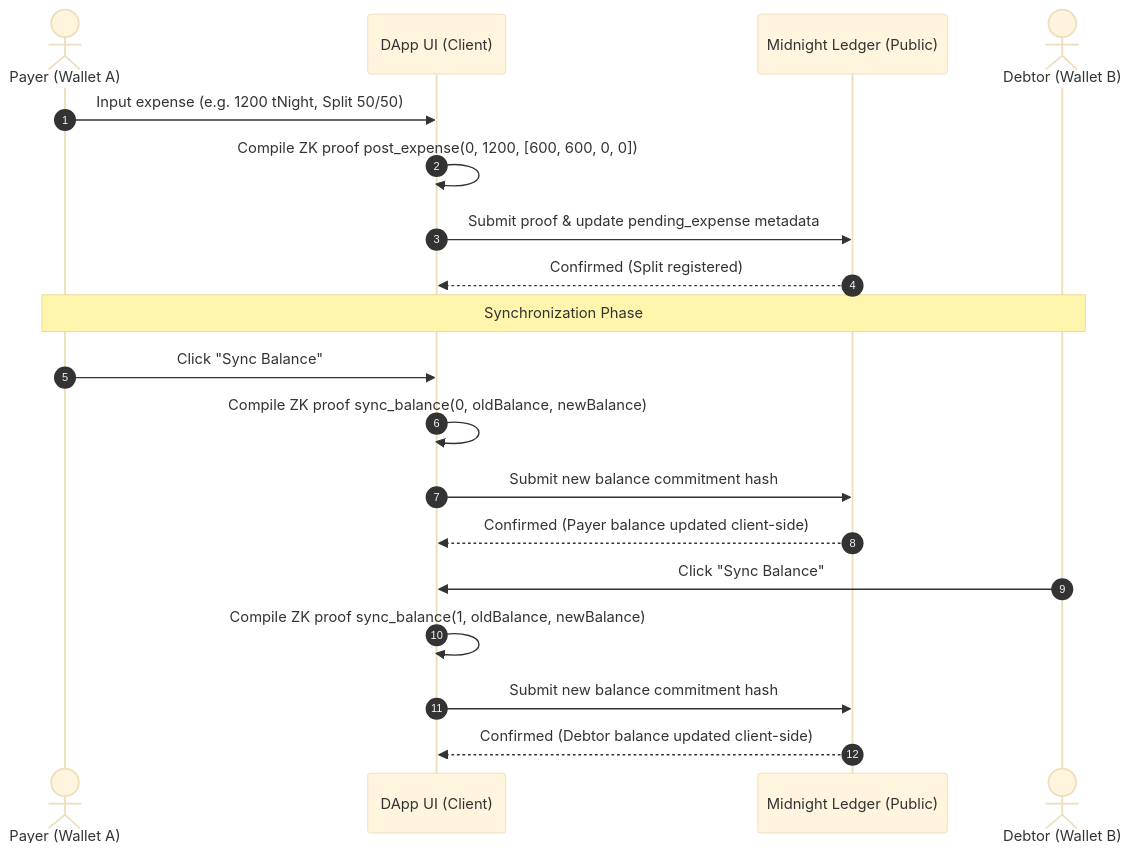
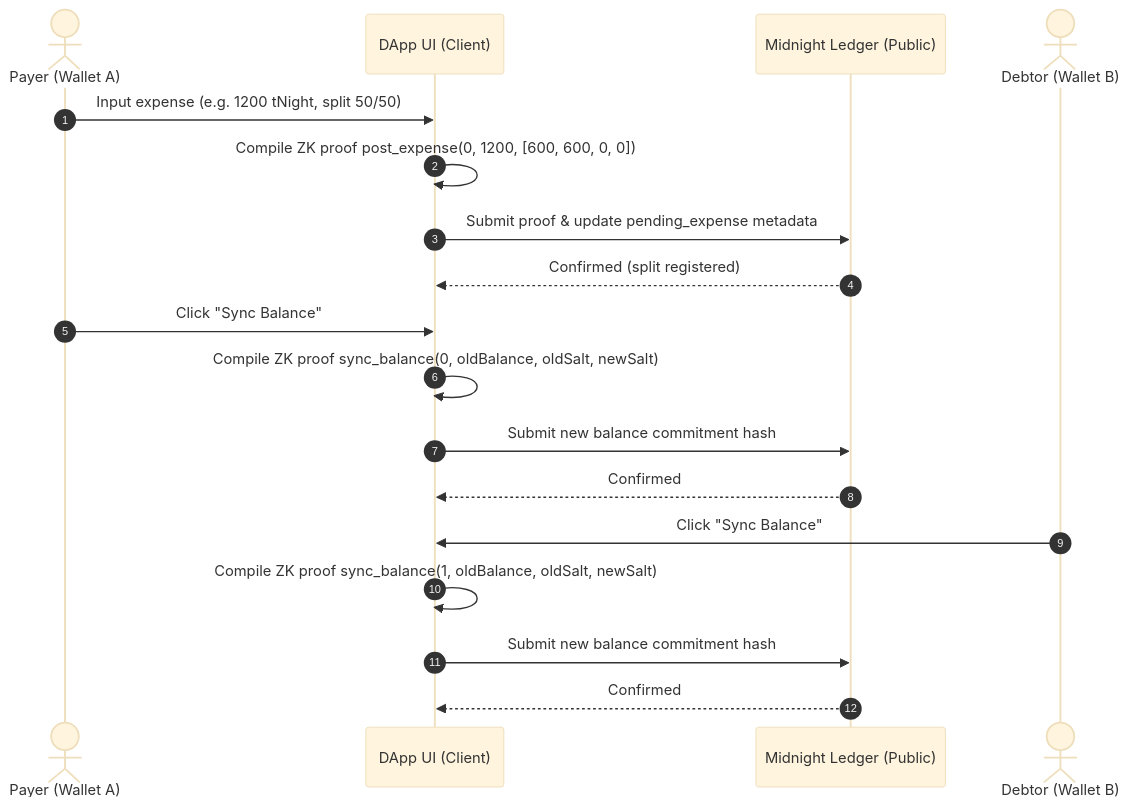
Before and after one commit to sylvia-barick/midlev4: the third of 5 diagrams in README.md, drawn with Mermaid (base theme). The commit also changed other lines of this file and 15 other files, not shown here.

````diff
--- a/README.md
+++ b/README.md
@@ -87,24 +138,21 @@
 ```mermaid
 sequenceDiagram
   autonumber
   actor Payer as Payer (Wallet A)
   participant UI as DApp UI (Client)
   participant Ledger as Midnight Ledger (Public)
   actor Debtor as Debtor (Wallet B)
 
-  Payer->>UI: Input expense (e.g. 1200 tNight, Split 50/50)
+  Payer->>UI: Input expense (e.g. 1200 tNight, split 50/50)
   UI->>UI: Compile ZK proof post_expense(0, 1200, [600, 600, 0, 0])
   UI->>Ledger: Submit proof & update pending_expense metadata
-  Ledger-->>UI: Confirmed (Split registered)
-  
-  Note over Payer, Debtor: Synchronization Phase
+  Ledger-->>UI: Confirmed (split registered)
   Payer->>UI: Click "Sync Balance"
-  UI->>UI: Compile ZK proof sync_balance(0, oldBalance, newBalance)
+  UI->>UI: Compile ZK proof sync_balance(0, oldBalance, oldSalt, newSalt)
   UI->>Ledger: Submit new balance commitment hash
-  Ledger-->>UI: Confirmed (Payer balance updated client-side)
-  
+  Ledger-->>UI: Confirmed
   Debtor->>UI: Click "Sync Balance"
-  UI->>UI: Compile ZK proof sync_balance(1, oldBalance, newBalance)
+  UI->>UI: Compile ZK proof sync_balance(1, oldBalance, oldSalt, newSalt)
   UI->>Ledger: Submit new balance commitment hash
-  Ledger-->>UI: Confirmed (Debtor balance updated client-side)
+  Ledger-->>UI: Confirmed
 ```
````
